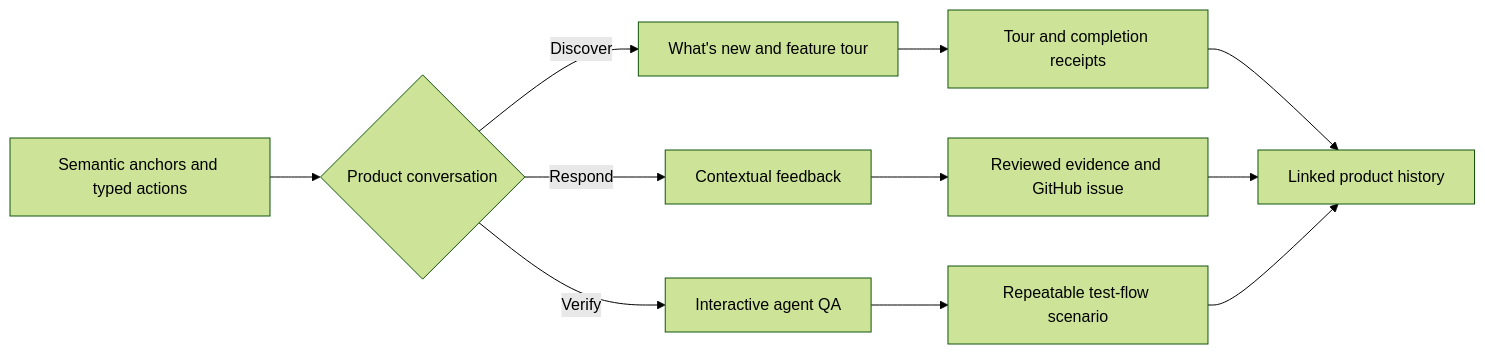
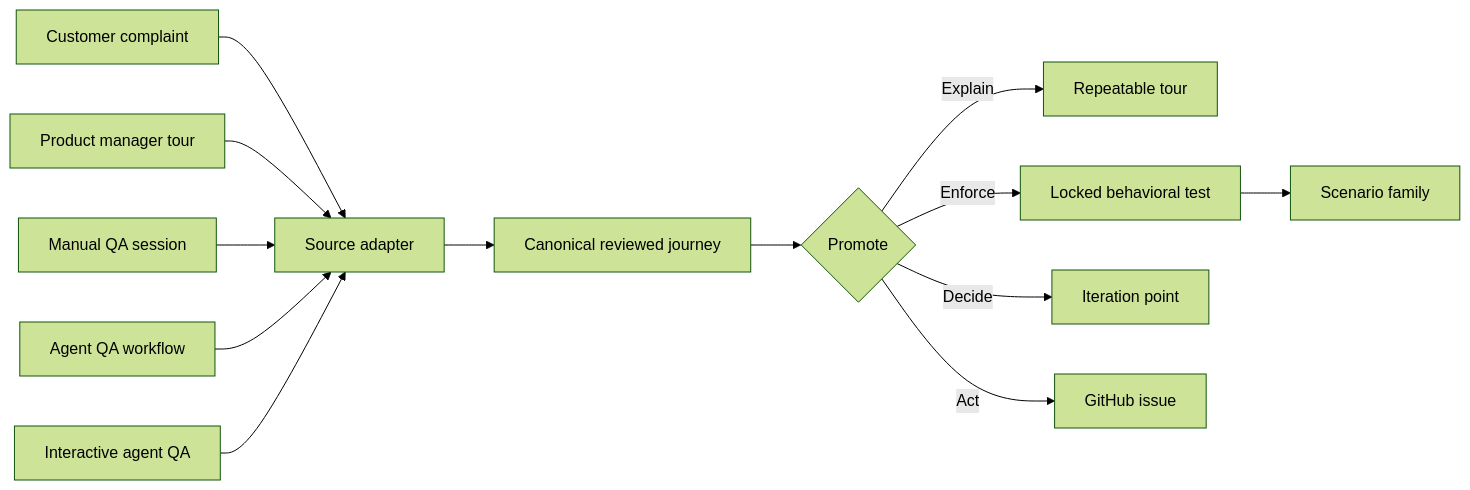
One commit to bsacrobatix/studio-sassfully changed the first of 2 diagrams in docs/guide/README.md. Above: the diagram before and after it, drawn with Mermaid (forest theme). The commit also changed other lines of this file and 5 other files, not shown here.

````diff
--- a/docs/guide/README.md
+++ b/docs/guide/README.md
@@ -12,13 +15,15 @@
 ```mermaid
 flowchart LR
-    A[Semantic anchors and typed actions] --> B{Product conversation}
-    B -->|Discover| C[What's new and feature tour]
-    B -->|Respond| D[Contextual feedback]
-    B -->|Verify| E[Interactive agent QA]
-    C --> F[Tour and completion receipts]
-    D --> G[Reviewed evidence and GitHub issue]
-    E --> H[Repeatable test-flow scenario]
-    F --> I[Linked product history]
-    G --> I
-    H --> I
+    A[Customer complaint] --> F[Source adapter]
+    B[Product manager tour] --> F
+    C[Manual QA session] --> F
+    D[Agent QA workflow] --> F
+    E[Interactive agent QA] --> F
+    F --> G[Canonical reviewed journey]
+    G --> H{Promote}
+    H -->|Explain| I[Repeatable tour]
+    H -->|Enforce| J[Locked behavioral test]
+    H -->|Decide| K[Iteration point]
+    H -->|Act| L[GitHub issue]
+    J --> M[Scenario family]
 ```
````
